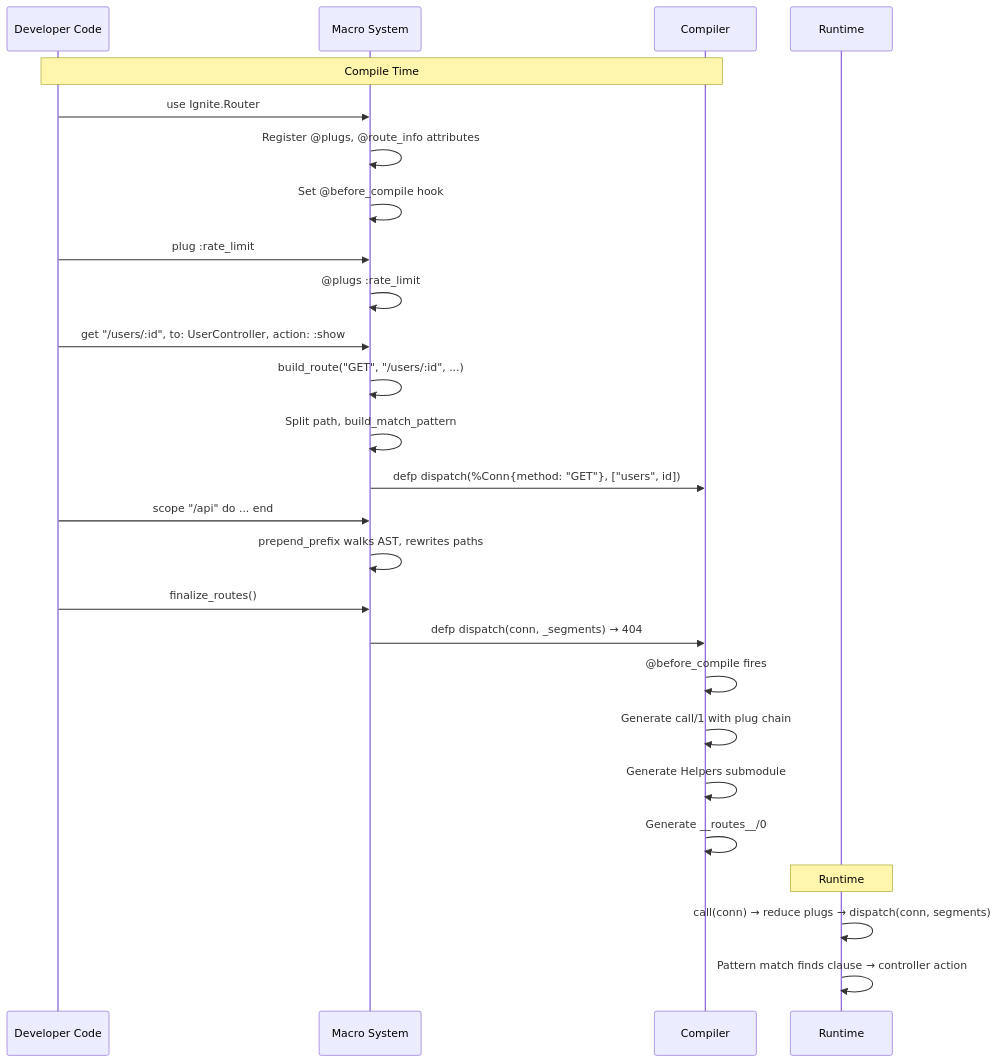
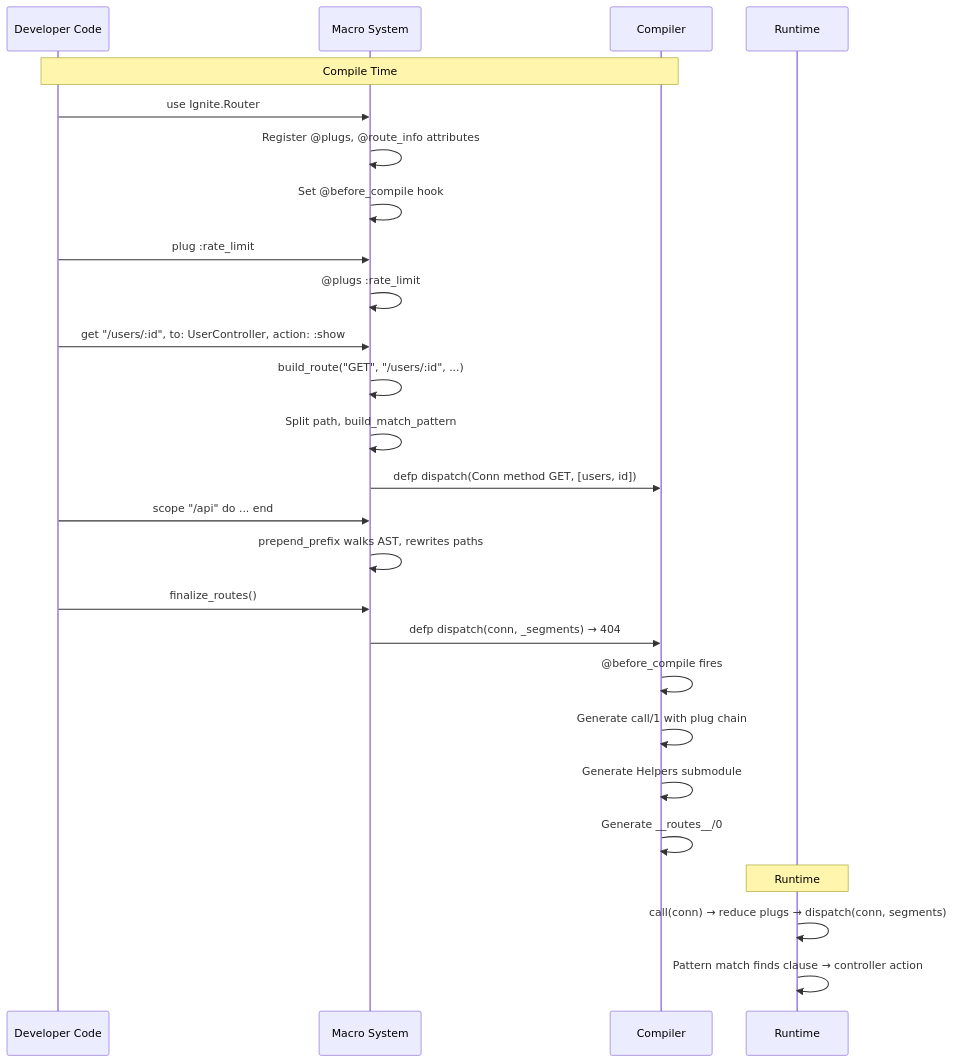
Before and after one commit to rajeshpillai/elixir-byowf: the diagram in course/flows/router-macro-expansion.md, drawn with Mermaid. The commit also changed 16 other files, not shown here.

First line of the commit message:
Fix Mermaid v11 syntax errors in course diagrams

````diff
--- a/course/flows/router-macro-expansion.md
+++ b/course/flows/router-macro-expansion.md
@@ -98,35 +98,35 @@
 ```mermaid
 sequenceDiagram
     participant Dev as Developer Code
     participant Mac as Macro System
     participant Comp as Compiler
     participant RT as Runtime
 
     Note over Dev,Comp: Compile Time
     Dev->>Mac: use Ignite.Router
     Mac->>Mac: Register @plugs, @route_info attributes
     Mac->>Mac: Set @before_compile hook
 
     Dev->>Mac: plug :rate_limit
     Mac->>Mac: @plugs :rate_limit
 
     Dev->>Mac: get "/users/:id", to: UserController, action: :show
     Mac->>Mac: build_route("GET", "/users/:id", ...)
     Mac->>Mac: Split path, build_match_pattern
-    Mac->>Comp: defp dispatch(%Conn{method: "GET"}, ["users", id])
+    Mac->>Comp: defp dispatch(Conn method GET, [users, id])
 
     Dev->>Mac: scope "/api" do ... end
     Mac->>Mac: prepend_prefix walks AST, rewrites paths
 
     Dev->>Mac: finalize_routes()
     Mac->>Comp: defp dispatch(conn, _segments) → 404
 
     Comp->>Comp: @before_compile fires
     Comp->>Comp: Generate call/1 with plug chain
     Comp->>Comp: Generate Helpers submodule
     Comp->>Comp: Generate __routes__/0
 
     Note over RT: Runtime
     RT->>RT: call(conn) → reduce plugs → dispatch(conn, segments)
     RT->>RT: Pattern match finds clause → controller action
 ```
````
